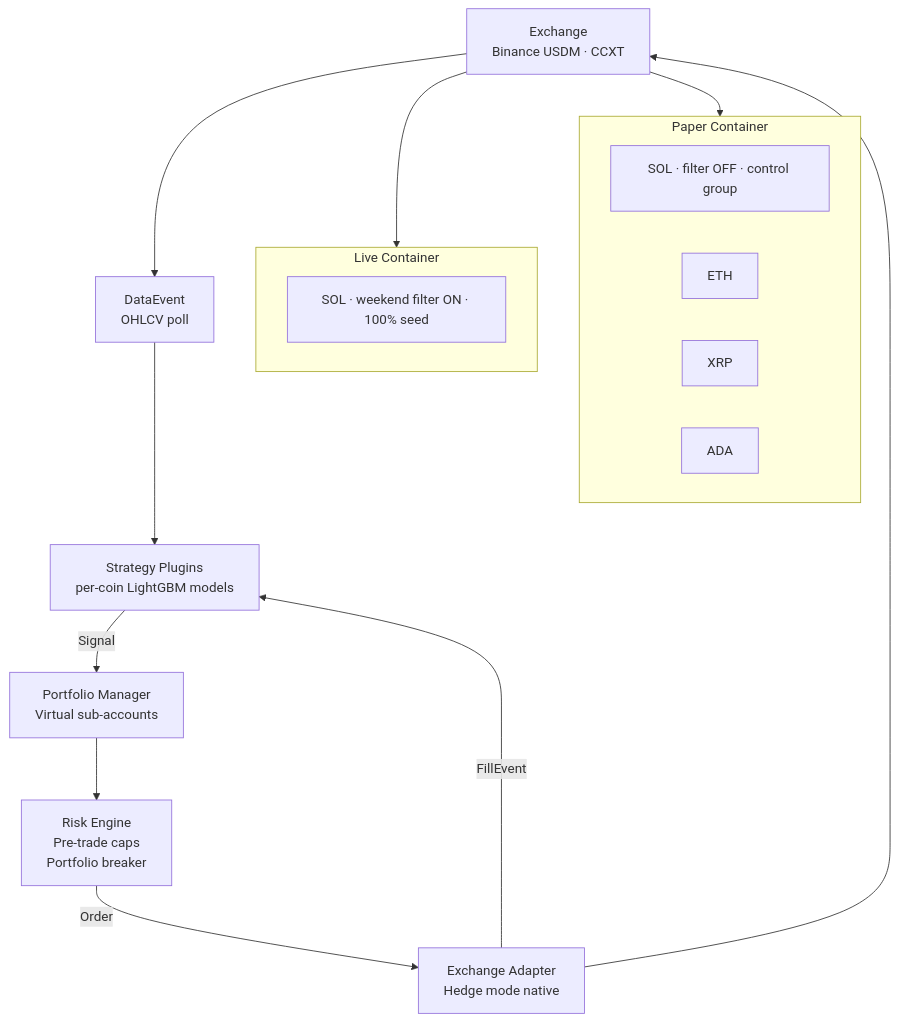
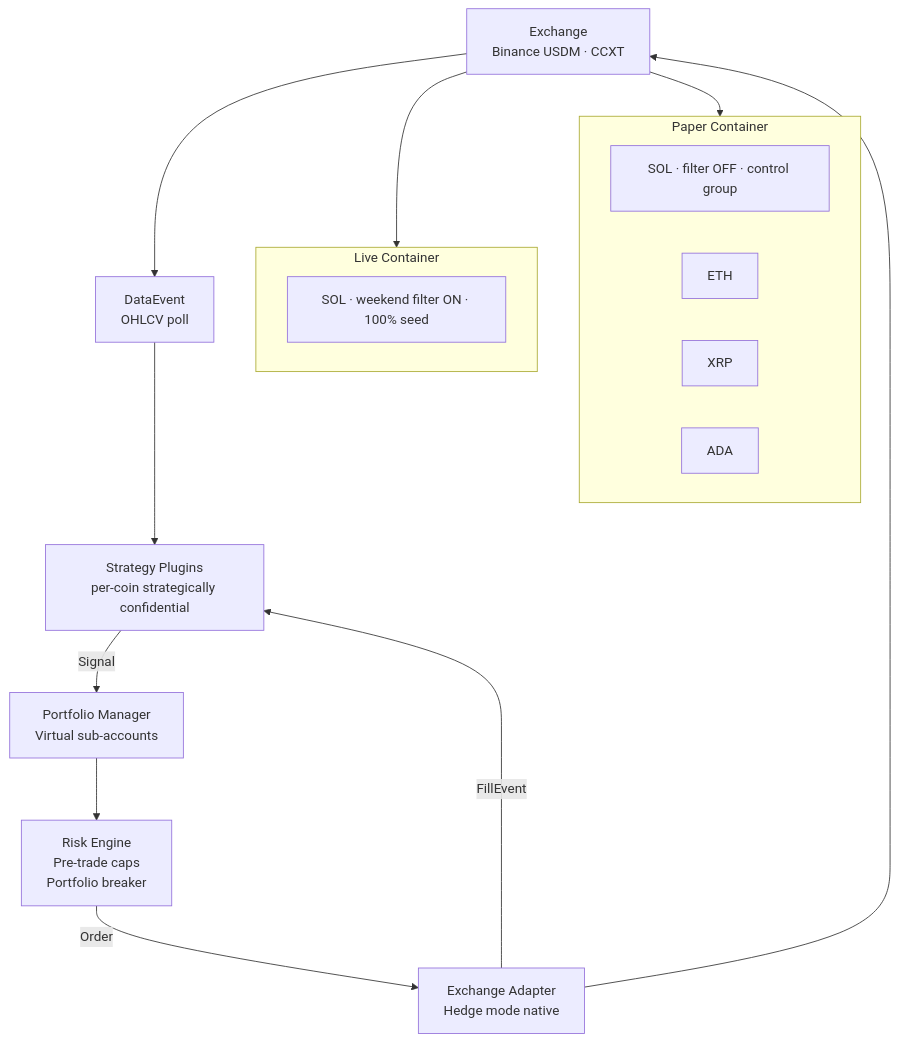
Before and after one commit to QNT00/Crypto_Quant_Public: the diagram in README.md, drawn with Mermaid. The commit also changed other lines of this file, not shown here.

````diff
--- a/README.md
+++ b/README.md
@@ -31,24 +31,24 @@
 ```mermaid
 graph TD
     EX[Exchange<br/>Binance USDM · CCXT] --> DATA[DataEvent<br/>OHLCV poll]
-    DATA --> STRAT[Strategy Plugins<br/>per-coin LightGBM models]
+    DATA --> STRAT[Strategy Plugins<br/>per-coin strategically confidential]
     STRAT -->|Signal| PM[Portfolio Manager<br/>Virtual sub-accounts]
     PM --> RISK[Risk Engine<br/>Pre-trade caps<br/>Portfolio breaker]
     RISK -->|Order| ADAPT[Exchange Adapter<br/>Hedge mode native]
     ADAPT --> EX
     ADAPT -->|FillEvent| STRAT
 
     subgraph LIVE [Live Container]
         L1[SOL · weekend filter ON · 100% seed]
     end
 
     subgraph PAPER [Paper Container]
         P1[SOL · filter OFF · control group]
         P2[ETH]
         P3[XRP]
         P4[ADA]
     end
 
     EX --> LIVE
     EX --> PAPER
 ```
````
